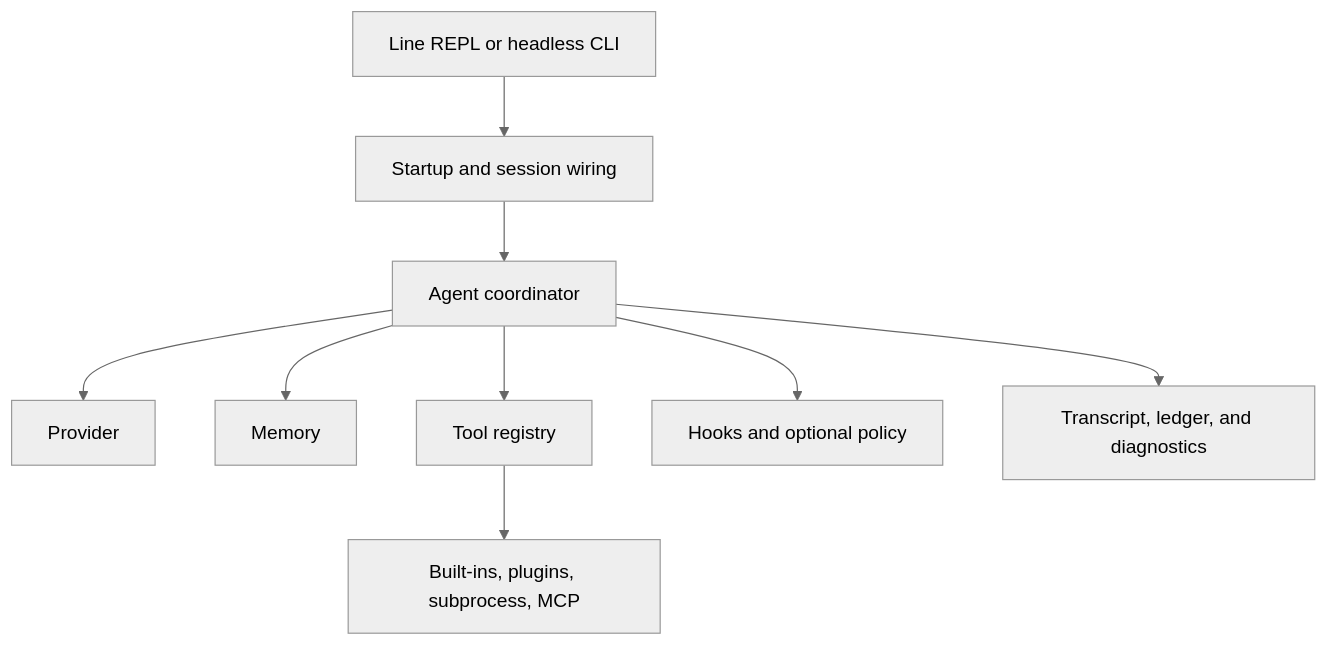
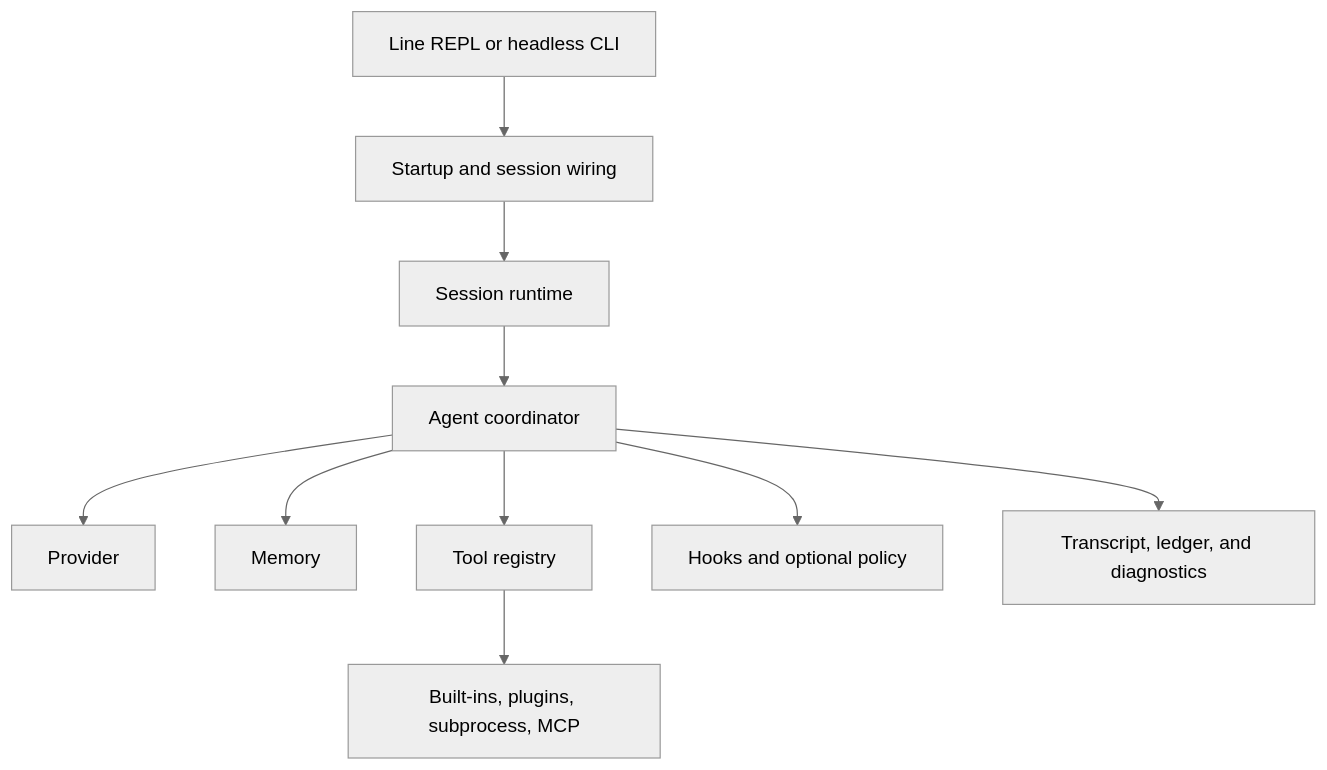
Before and after one commit to sudoish/oli: the first of 2 diagrams in docs/current-architecture.md, drawn with Mermaid (neutral theme). The commit also changed other lines of this file and 11 other files, not shown here.

Commit message:
Establish frontend-neutral session runtime

````diff
--- a/docs/current-architecture.md
+++ b/docs/current-architecture.md
@@ -9,11 +9,12 @@
 ```mermaid
 flowchart TD
     F["Line REPL or headless CLI"] --> B["Startup and session wiring"]
-    B --> A["Agent coordinator"]
+    B --> R["Session runtime"]
+    R --> A["Agent coordinator"]
     A --> P["Provider"]
     A --> M["Memory"]
     A --> T["Tool registry"]
     A --> H["Hooks and optional policy"]
     A --> O["Transcript, ledger, and diagnostics"]
     T --> X["Built-ins, plugins, subprocess, MCP"]
 ```
````
